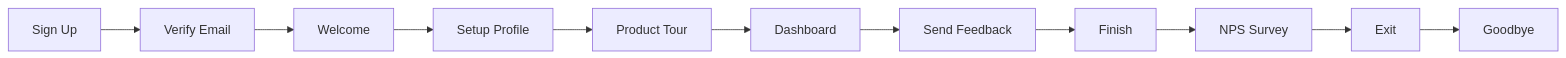
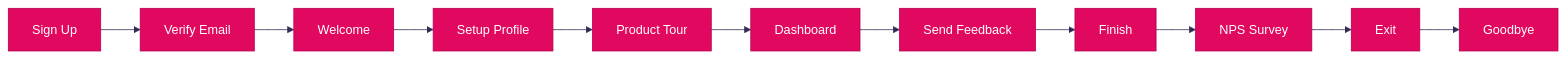
One commit to rubenmango/mermaid-bot-sandbox changed the diagram in onboarding.mmd. Above: the diagram before and after it, drawn with Mermaid.

Commit message:
Regenerate onboarding.mmd
Mermaid-Sync: regenerated
Mermaid-Sync-Source: pr-1
Mermaid-Sync-PR: #1
Mermaid-Sync-PR-Title: Extend onboarding flow
Mermaid-Sync-Reason: Synced from PR diagram changes

```diff
--- a/onboarding.mmd
+++ b/onboarding.mmd
@@ -1,12 +1,24 @@
+---
+config:
+  theme: base
+  themeVariables:
+    primaryColor: "#E0095F"
+    primaryTextColor: "#ffffff"
+    primaryBorderColor: "#B80050"
+    lineColor: "#332a54"
+    secondaryColor: "#f9f7f5"
+    fontFamily: "Inter, sans-serif"
+---
 flowchart LR
     A[Sign Up] --> B[Verify Email]
     B --> C[Welcome]
     C --> Profile[Setup Profile]
     Profile --> Tour[Product Tour]
     Tour --> Done[Dashboard]
     Done --> Feedback[Send Feedback]
     Feedback --> Close[Finish]
     Close --> Survey[NPS Survey]
     Survey --> Exit[Exit]
-%% Mermaid-Sync: regenerated · e453494
+
     Exit --> Goodbye[Goodbye]
+%% Mermaid-Sync: regenerated · bfc7575
```
